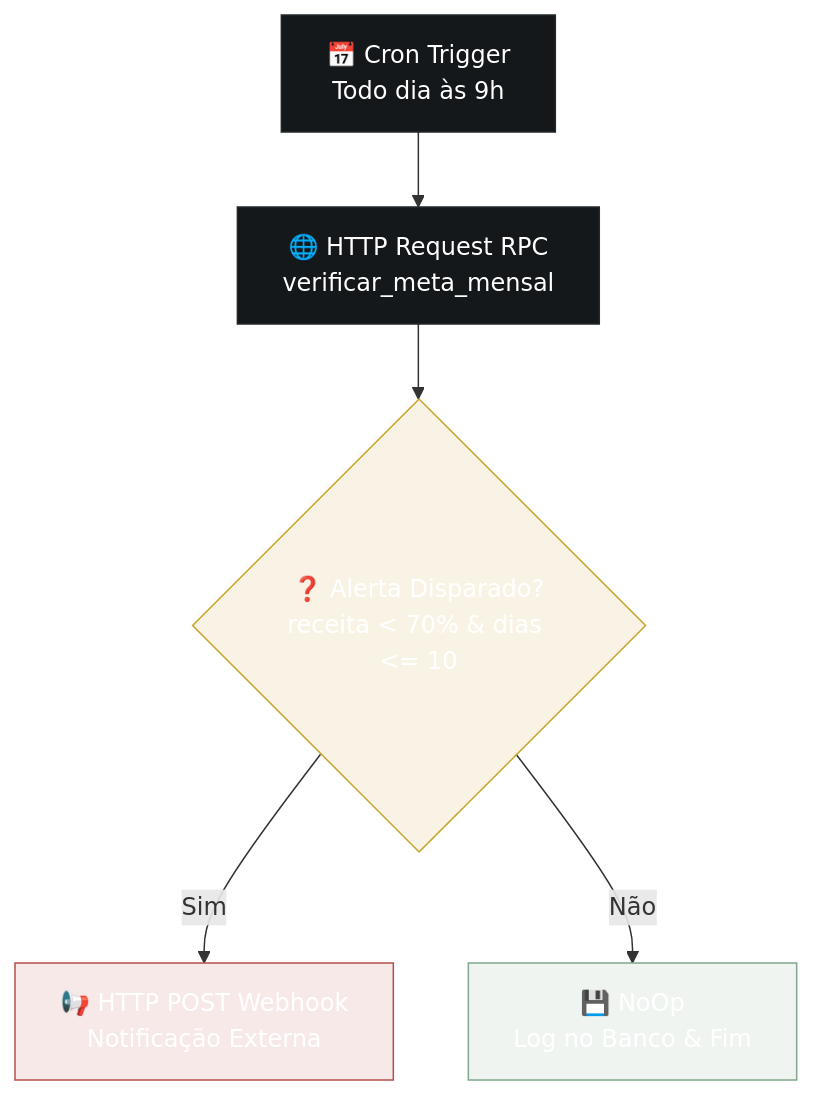
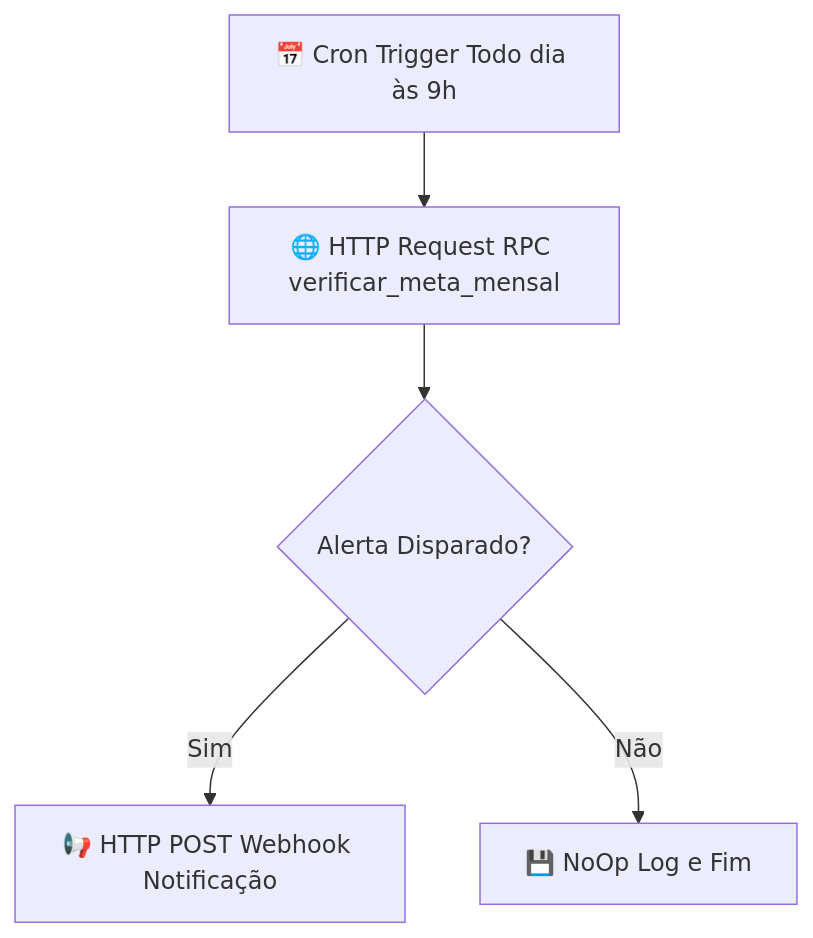
One commit to michelfioravante-alt/novapay-dashboard changed the diagram in README.md. Above: the diagram before and after it, drawn with Mermaid. The commit also changed other lines of this file, not shown here.

````diff
--- a/README.md
+++ b/README.md
@@ -98,12 +48,7 @@
 ```mermaid
 graph TD
-    A[📅 Cron Trigger<br>Todo dia às 9h] --> B[🌐 HTTP Request RPC<br>verificar_meta_mensal]
-    B --> C{❓ Alerta Disparado?<br>receita < 70% & dias <= 10}
-    C -- Sim --> D[📢 HTTP POST Webhook<br>Notificação Externa]
-    C -- Não --> E[💾 NoOp<br>Log no Banco & Fim]
-    style A fill:#14181A,stroke:#23282B,stroke-width:1px,color:#fff
-    style B fill:#14181A,stroke:#23282B,stroke-width:1px,color:#fff
-    style C fill:#C9A22720,stroke:#C9A227,stroke-width:1px,color:#fff
-    style D fill:#B5504B20,stroke:#B5504B,stroke-width:1px,color:#fff
-    style E fill:#7FA88C20,stroke:#7FA88C,stroke-width:1px,color:#fff
+    A[📅 Cron Trigger Todo dia às 9h] --> B[🌐 HTTP Request RPC verificar_meta_mensal]
+    B --> C{Alerta Disparado?}
+    C -- Sim --> D[📢 HTTP POST Webhook Notificação]
+    C -- Não --> E[💾 NoOp Log e Fim]
 ```
````
